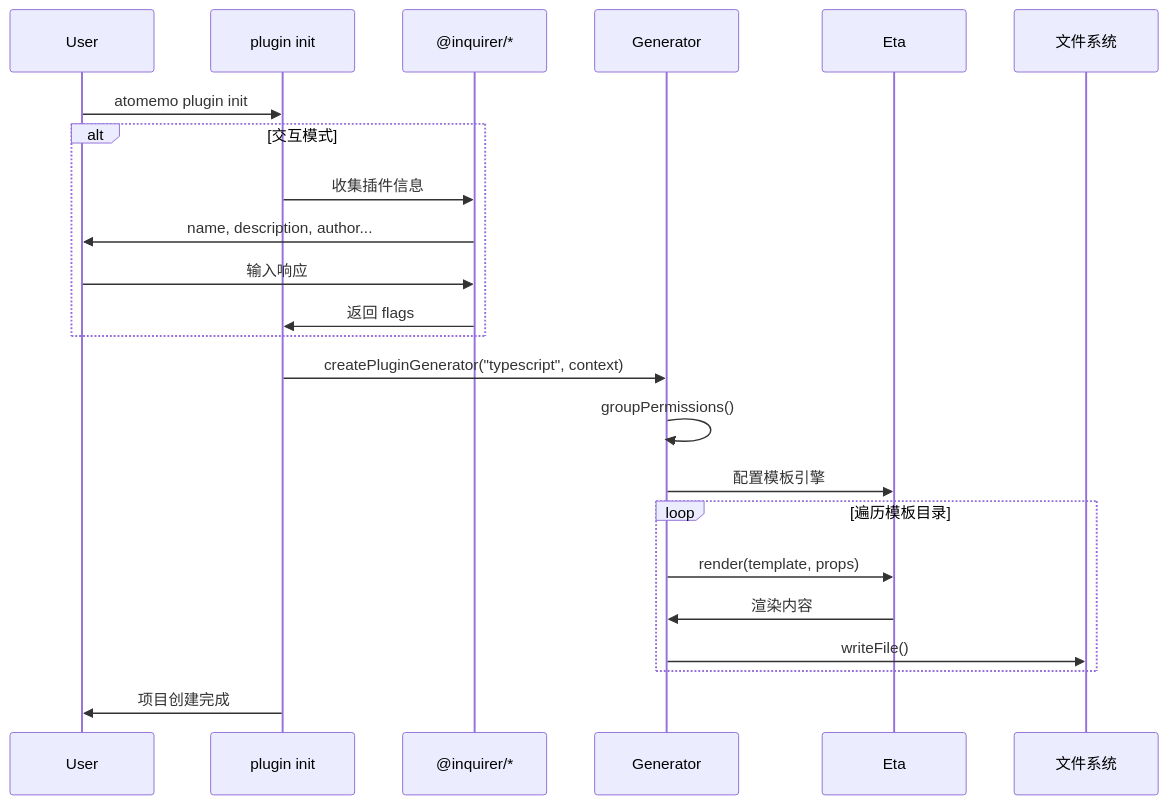
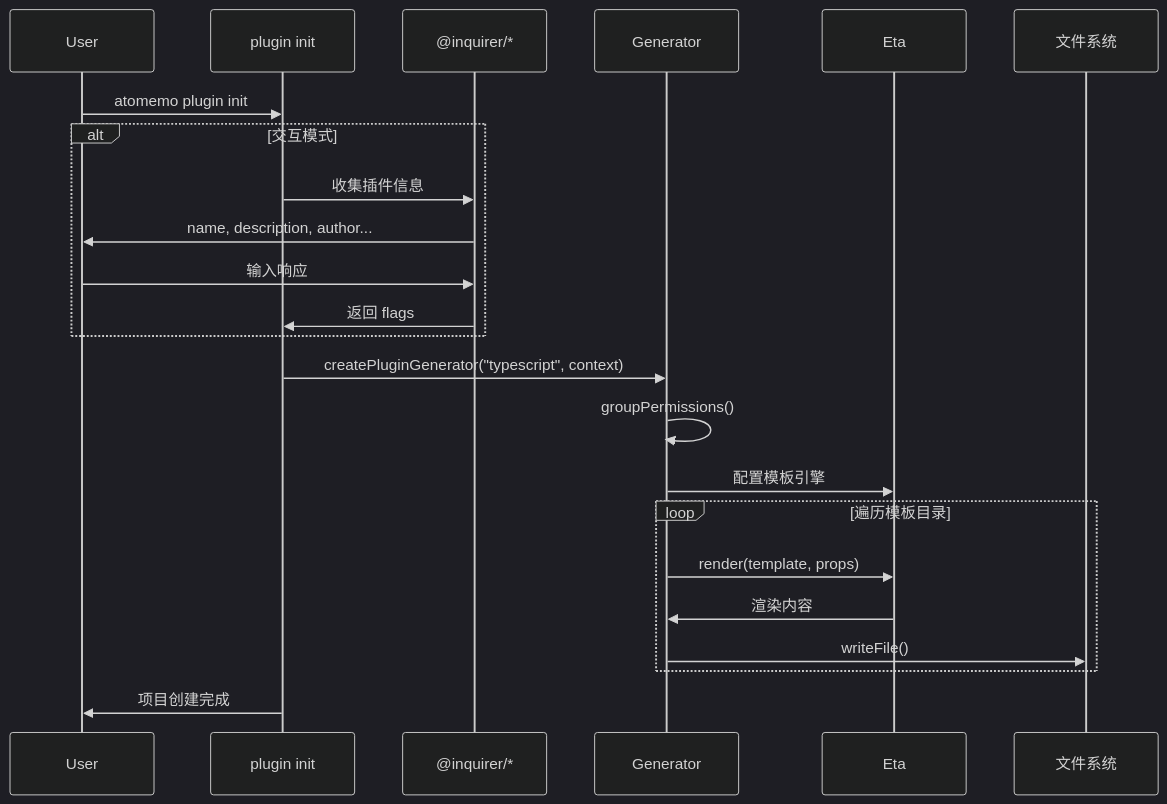
The third of 4 diagrams in .specs/ARCHITECTURE.md (choice-open/atomemo-plugin-cli), drawn with Mermaid before and after one commit. The commit also changed other lines of this file, not shown here.

Commit message:
doc: update architecture

````diff
--- a/.specs/ARCHITECTURE.md
+++ b/.specs/ARCHITECTURE.md
@@ -147,30 +161,37 @@
 ```mermaid
+---
+config:
+  theme: "dark"
+  themeVariables:
+    fontFamily: Iosevka NFM
+    fontSize: 14
+---
 sequenceDiagram
     participant User
     participant CLI as plugin init
     participant Inquirer as @inquirer/*
     participant Generator
     participant Eta
     participant FS as 文件系统
 
     User->>CLI: atomemo plugin init
     
     alt 交互模式
         CLI->>Inquirer: 收集插件信息
         Inquirer->>User: name, description, author...
         User->>Inquirer: 输入响应
         Inquirer->>CLI: 返回 flags
     end
 
     CLI->>Generator: createPluginGenerator("typescript", context)
     Generator->>Generator: groupPermissions()
     Generator->>Eta: 配置模板引擎
     
     loop 遍历模板目录
         Generator->>Eta: render(template, props)
         Eta->>Generator: 渲染内容
         Generator->>FS: writeFile()
     end
 
     CLI->>User: 项目创建完成
 ```
````
